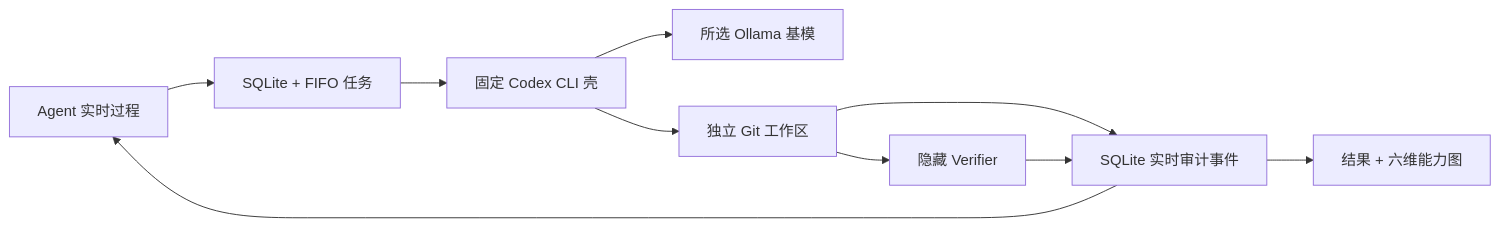
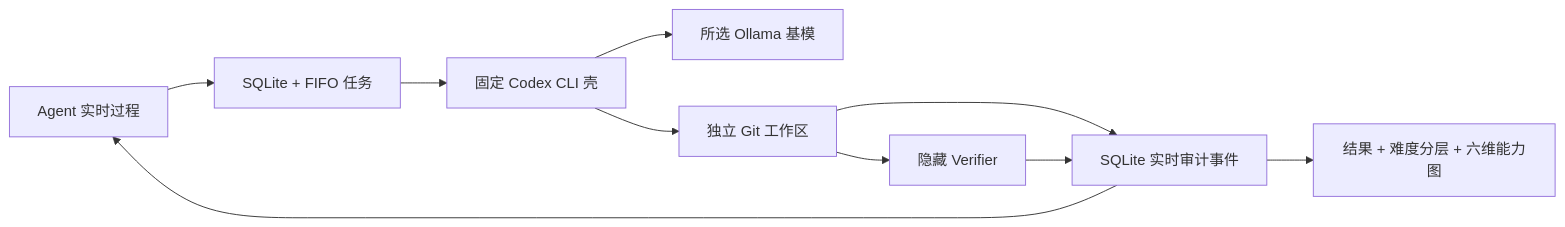
One commit to NEDONION/evalhub changed the diagram in docs/getting-started/20260804_本地运行指南.md. Above: the diagram before and after it, drawn with Mermaid. The commit also changed other lines of this file and 18 other files, not shown here.

````diff
--- a/docs/getting-started/20260804_本地运行指南.md
+++ b/docs/getting-started/20260804_本地运行指南.md
@@ -97,12 +98,12 @@
 ```mermaid
 flowchart LR
     UI["Agent 评测表单"] --> Queue["SQLite + FIFO 任务"]
     Queue --> Codex["固定 Codex CLI 壳"]
     Codex --> Ollama["所选 Ollama 基模"]
     Codex --> Workspace["独立 Git 工作区"]
     Workspace --> Trace["SQLite 实时审计事件"]
     Trace --> UI["Agent 实时过程"]
     Workspace --> Verify["隐藏 Verifier"]
     Verify --> Trace
-    Trace --> Report["结果 + 六维能力图"]
+    Trace --> Report["结果 + 难度分层 + 六维能力图"]
 ```
````
